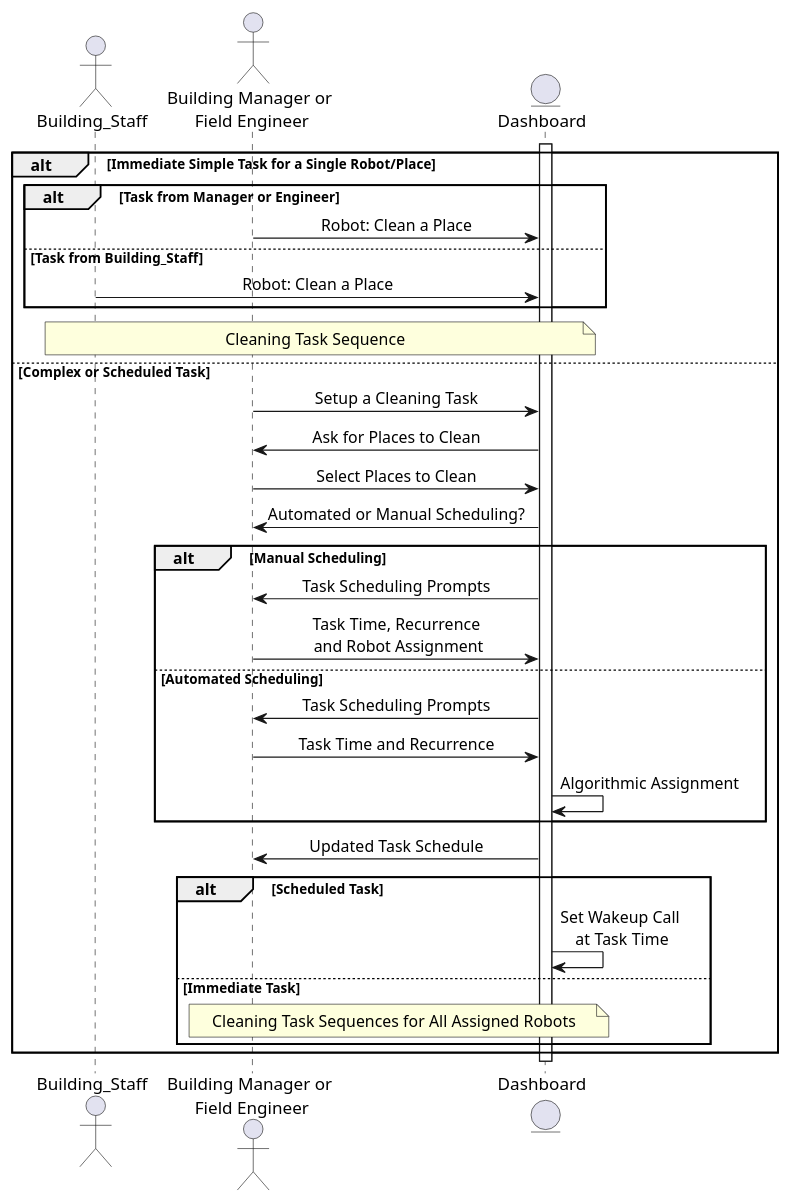
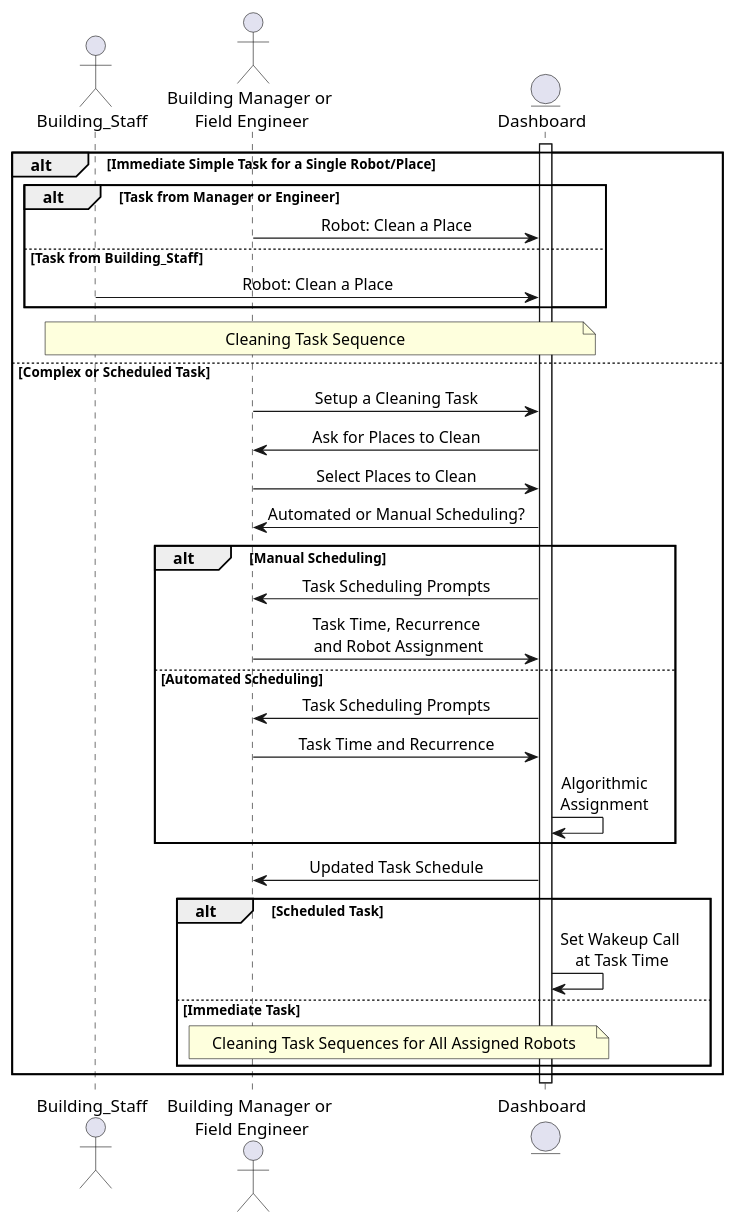
The diagram in docs/design/modeling_diagrams/sequence_diagrams/task_assignment.puml (ur-swe-fa24/main-project-snoopy-corp), drawn with PlantUML before and after one commit.

Commit message:
Formatting

```diff
--- a/docs/design/modeling_diagrams/sequence_diagrams/task_assignment.puml
+++ b/docs/design/modeling_diagrams/sequence_diagrams/task_assignment.puml
@@ -1,37 +1,37 @@
 @startuml Task_Assignment
 skinparam sequenceMessageAlign center
 
 actor Building_Staff
 actor Manager_or_Engineer as "Building Manager or\n Field Engineer"
 entity Dashboard
 
 activate Dashboard
 alt Immediate Simple Task for a Single Robot/Place
     alt Task from Manager or Engineer
         Manager_or_Engineer -> Dashboard: Robot: Clean a Place
     else Task from Building_Staff
         Building_Staff -> Dashboard: Robot: Clean a Place
     end
     note over Building_Staff, Dashboard: Cleaning Task Sequence
 else Complex or Scheduled Task
     Manager_or_Engineer -> Dashboard: Setup a Cleaning Task
     Dashboard -> Manager_or_Engineer: Ask for Places to Clean
     Manager_or_Engineer -> Dashboard: Select Places to Clean
     Dashboard -> Manager_or_Engineer: Automated or Manual Scheduling?
     alt Manual Scheduling
         Dashboard -> Manager_or_Engineer: Task Scheduling Prompts
         Manager_or_Engineer -> Dashboard: Task Time, Recurrence\n and Robot Assignment
     else Automated Scheduling
         Dashboard -> Manager_or_Engineer: Task Scheduling Prompts
         Manager_or_Engineer -> Dashboard: Task Time and Recurrence
-        Dashboard -> Dashboard: Algorithmic Assignment
+        Dashboard -> Dashboard: Algorithmic\nAssignment
     end
     Dashboard -> Manager_or_Engineer: Updated Task Schedule
     alt Scheduled Task
         Dashboard -> Dashboard: Set Wakeup Call \nat Task Time
     else Immediate Task
         note over Manager_or_Engineer, Dashboard: Cleaning Task Sequences for All Assigned Robots
     end
 end
 deactivate Dashboard
 @enduml
```
